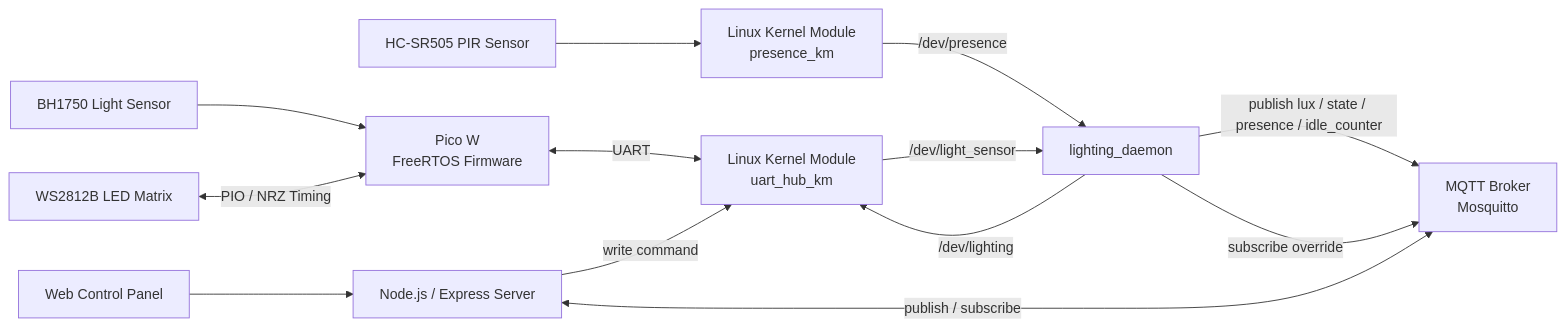
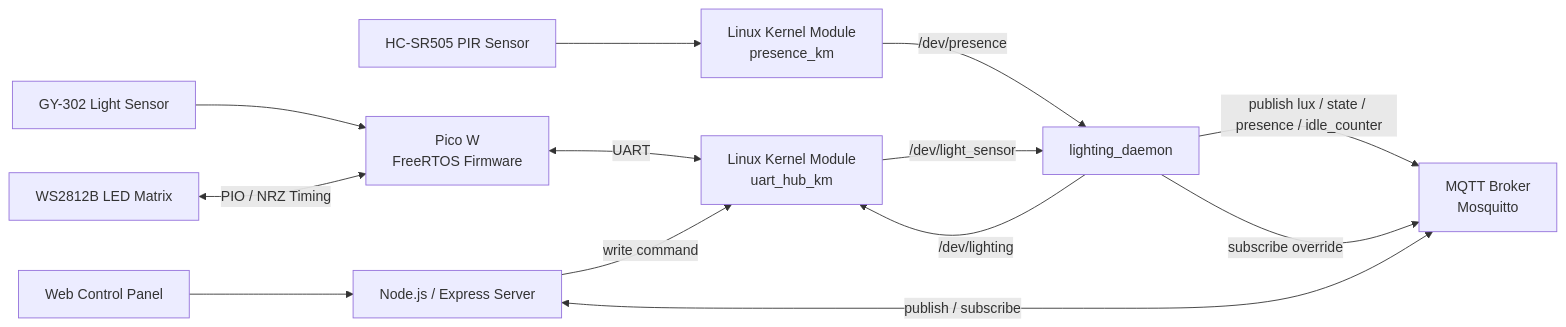
The first of 2 diagrams in README.md (Suzanne0611/smart-space-lighting-system), drawn with Mermaid before and after one commit. The commit also changed other lines of this file, not shown here.

Commit message:
Replace BH1750 with GY-302 Light Sensor in README

````diff
--- a/README.md
+++ b/README.md
@@ -45,19 +45,19 @@
 ```mermaid
 flowchart LR
-    BH1750[BH1750 Light Sensor] --> PicoW[Pico W<br/>FreeRTOS Firmware]
+    GY-302[GY-302 Light Sensor] --> PicoW[Pico W<br/>FreeRTOS Firmware]
     LED[WS2812B LED Matrix] <-->|PIO / NRZ Timing| PicoW
 
     PIR[HC-SR505 PIR Sensor] --> PresenceKM[Linux Kernel Module<br/>presence_km]
     PresenceKM -->|/dev/presence| Daemon[lighting_daemon]
 
     PicoW <-->|UART| UartHub[Linux Kernel Module<br/>uart_hub_km]
     UartHub -->|/dev/light_sensor| Daemon
     Daemon -->|/dev/lighting| UartHub
 
     Daemon -->|publish lux / state / presence / idle_counter| MQTT[MQTT Broker<br/>Mosquitto]
     Daemon -->|subscribe override| MQTT
 
     WebUI[Web Control Panel] --> Server[Node.js / Express Server]
     Server <-->|publish / subscribe| MQTT
     Server -->|write command| UartHub
 ```
````
